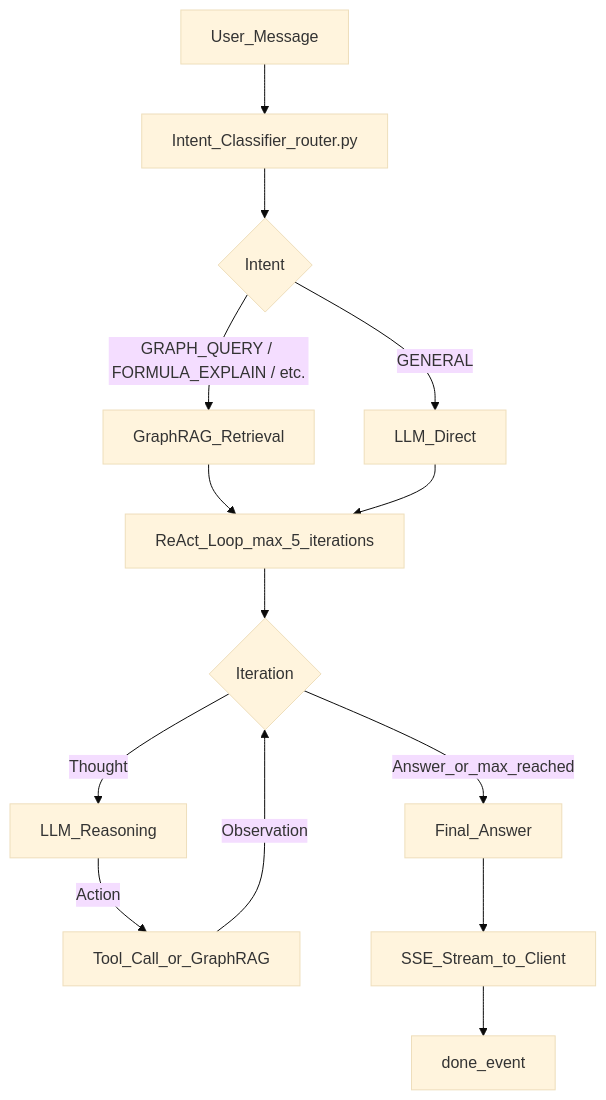
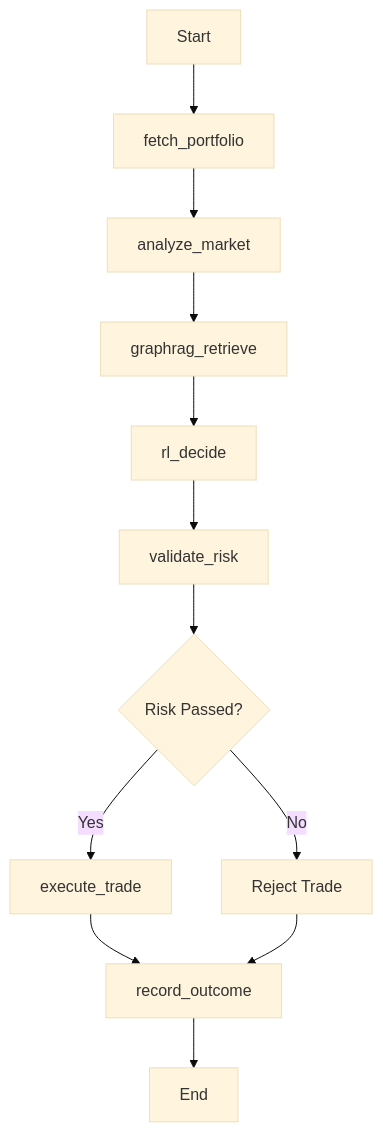
One commit to Godwin-88/probable-octo-chainsaw changed the third of 4 diagrams in docs/DECISION_FLOW.md. Above: the diagram before and after it, drawn with Mermaid (base theme). The commit also changed other lines of this file and 798 other files, not shown here.

````diff
--- a/docs/DECISION_FLOW.md
+++ b/docs/DECISION_FLOW.md
@@ -69,16 +69,14 @@
 ```mermaid
-flowchart TB
-  A[User_Message] --> B[Intent_Classifier_router.py]
-  B --> C{Intent}
-  C -->|GRAPH_QUERY / FORMULA_EXPLAIN / etc.| D[GraphRAG_Retrieval]
-  C -->|GENERAL| E[LLM_Direct]
-  D --> F[ReAct_Loop_max_5_iterations]
-  E --> F
-  F --> G{Iteration}
-  G -->|Thought| H[LLM_Reasoning]
-  H -->|Action| I[Tool_Call_or_GraphRAG]
-  I -->|Observation| G
-  G -->|Answer_or_max_reached| J[Final_Answer]
-  J --> K[SSE_Stream_to_Client]
-  K --> L[done_event]
+flowchart TD
+  A[Start] --> B[fetch_portfolio]
+  B --> C[analyze_market]
+  C --> D[graphrag_retrieve]
+  D --> E[rl_decide]
+  E --> F[validate_risk]
+  F --> G{Risk Passed?}
+  G -->|Yes| H[execute_trade]
+  G -->|No| I[Reject Trade]
+  H --> J[record_outcome]
+  I --> J
+  J --> K[End]
 ```
````
